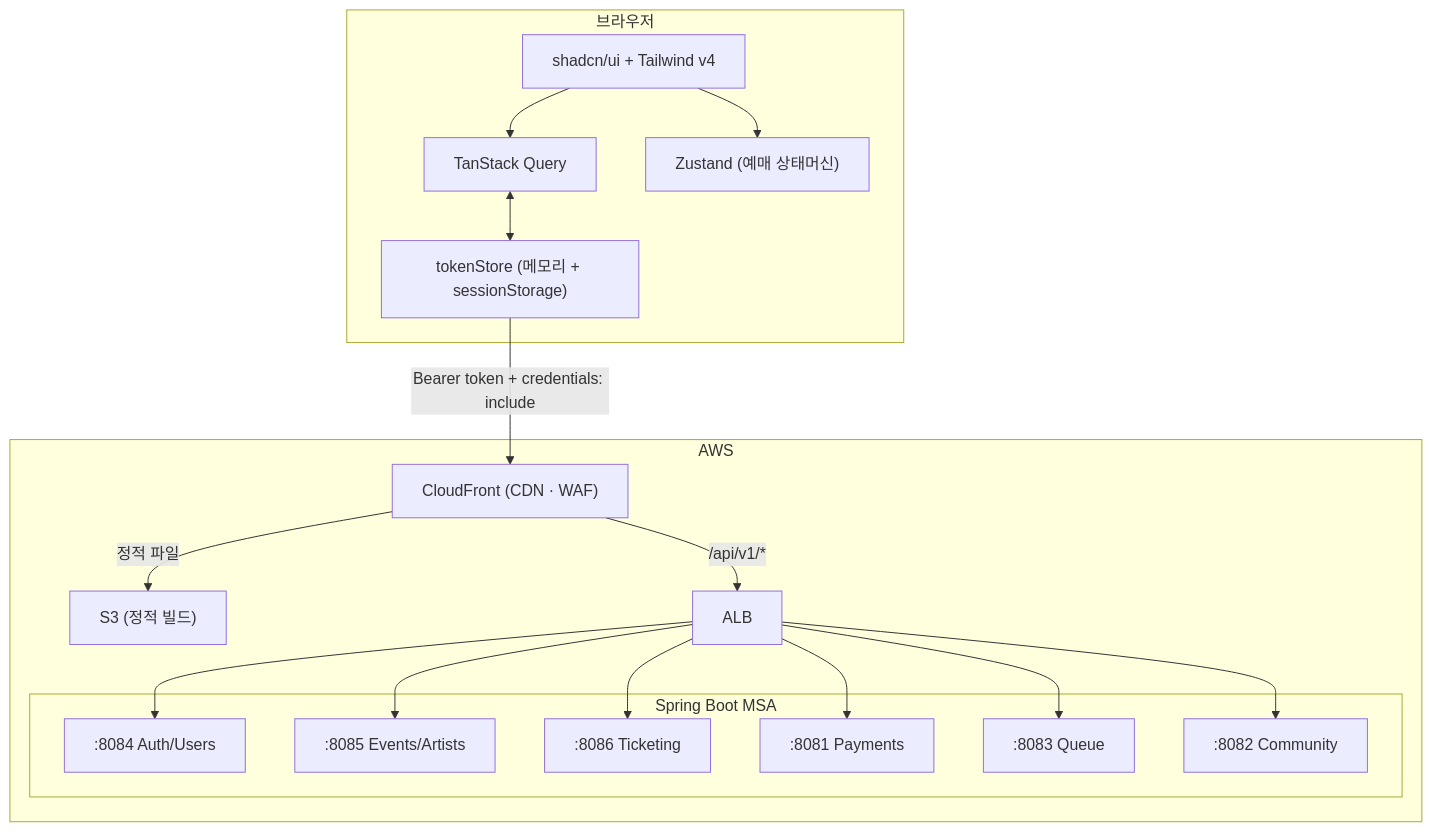
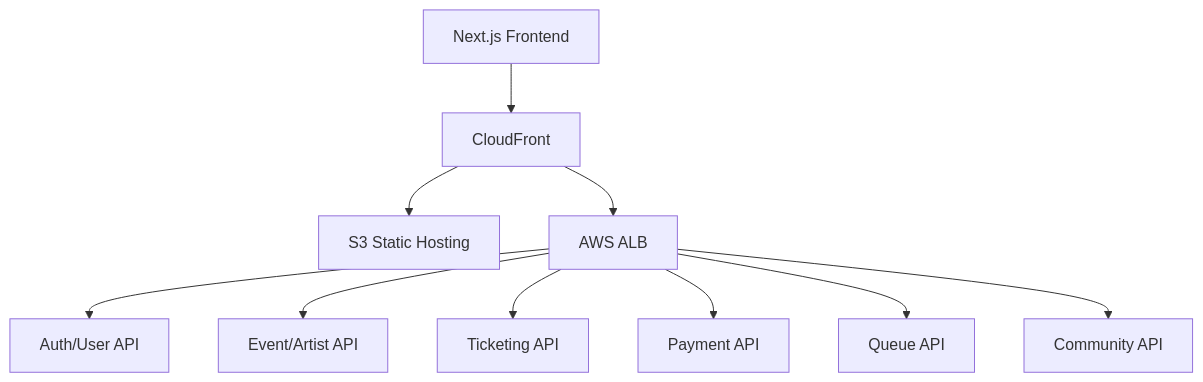
One commit to kkaengji/urr-frontend changed the diagram in README.md. Above: the diagram before and after it, drawn with Mermaid. The commit also changed other lines of this file, not shown here.

````diff
--- a/README.md
+++ b/README.md
@@ -130,31 +192,12 @@
 ```mermaid
 graph TD
-    subgraph Browser["브라우저"]
-        UI["shadcn/ui + Tailwind v4"]
-        TQ["TanStack Query"]
-        ZS["Zustand (예매 상태머신)"]
-        TS["tokenStore (메모리 + sessionStorage)"]
-        UI --> TQ & ZS
-        TQ <--> TS
-    end
-
-    subgraph AWS
-        CF["CloudFront (CDN · WAF)"]
-        S3["S3 (정적 빌드)"]
-        ALB["ALB"]
-        CF -->|"/api/v1/*"| ALB
-        CF -->|정적 파일| S3
-
-        subgraph MSA["Spring Boot MSA"]
-            AUTH[":8084 Auth/Users"]
-            EVENTS[":8085 Events/Artists"]
-            TICKET[":8086 Ticketing"]
-            PAY[":8081 Payments"]
-            QUEUE[":8083 Queue"]
-            COMM[":8082 Community"]
-        end
-        ALB --> AUTH & EVENTS & TICKET & PAY & QUEUE & COMM
-    end
-
-    TS -->|Bearer token + credentials: include| CF
+    Browser["Next.js Frontend"] --> CF["CloudFront"]
+    CF --> S3["S3 Static Hosting"]
+    CF --> ALB["AWS ALB"]
+    ALB --> Auth["Auth/User API"]
+    ALB --> Event["Event/Artist API"]
+    ALB --> Ticket["Ticketing API"]
+    ALB --> Payment["Payment API"]
+    ALB --> Queue["Queue API"]
+    ALB --> Community["Community API"]
 ```
````
